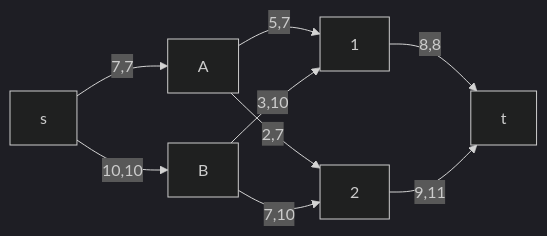
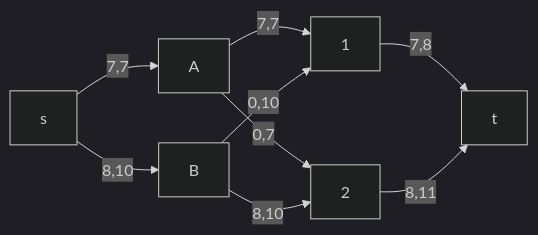
The second of 18 diagrams in task-11-plus/winx.md (hse-algo-24-crow/manual-tasks-crow), drawn with Mermaid (dark theme) before and after one commit. The commit also changed other lines of this file, not shown here.

````diff
--- a/task-11-plus/winx.md
+++ b/task-11-plus/winx.md
@@ -30,11 +30,11 @@
 ```mermaid
 graph LR
-    A-->|5,7|1
-    A-->|2,7|2
-    B-->|3,10|1
-    B-->|7,10|2
+    A-->|7,7|1
+    A-->|0,7|2
+    B-->|0,10|1
+    B-->|8,10|2
     s-->|7,7|A
-    s-->|10,10|B
-    1-->|8,8|t
-    2-->|9,11|t
+    s-->|8,10|B
+    1-->|7,8|t
+    2-->|8,11|t
 ```
````
